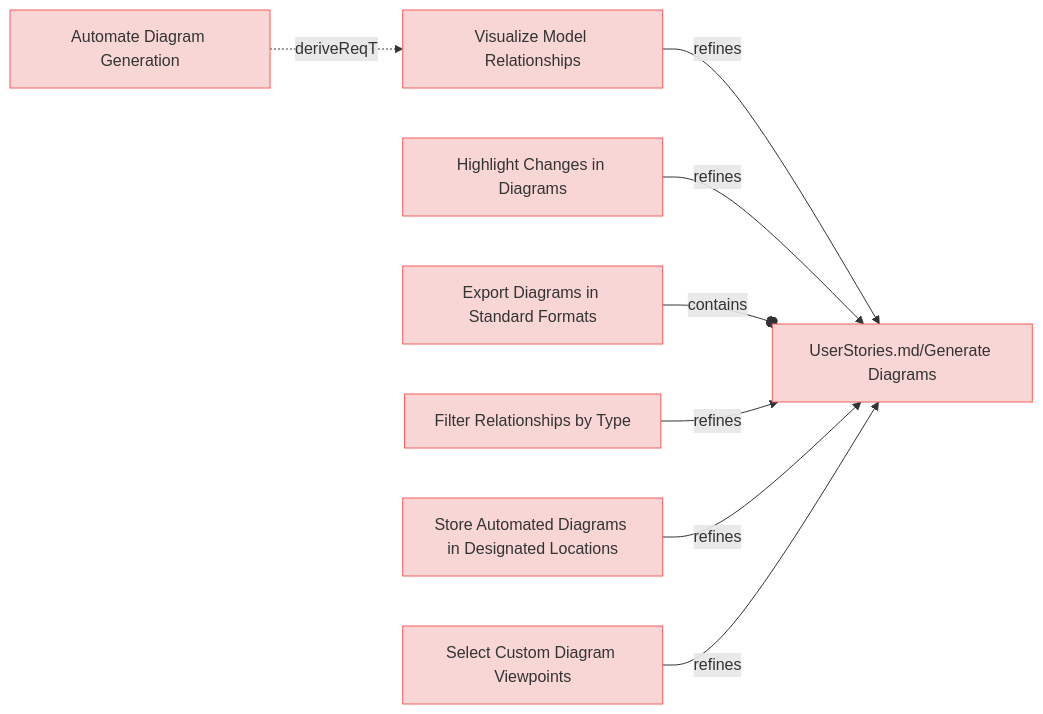
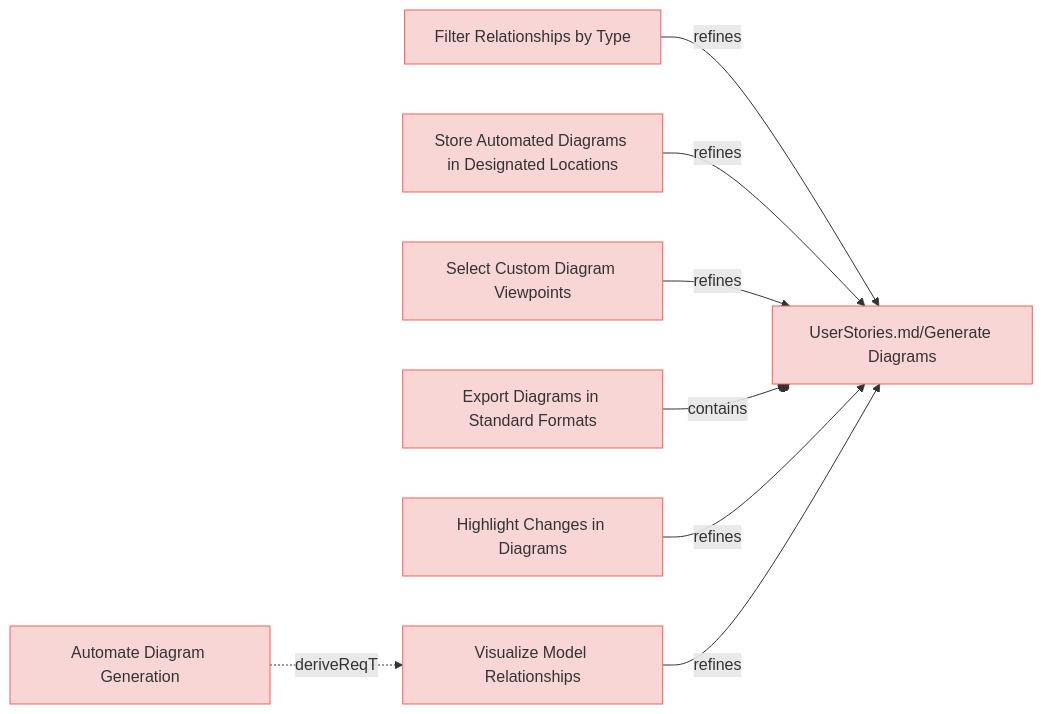
One commit to reqvire-org/reqvire changed the first of 9 diagrams in specifications/UserRequirements.md. Above: the diagram before and after it, drawn with Mermaid. The commit also changed other lines of this file and 17 other files, not shown here.

Commit message:
Auto-generate diagrams after PR merge to main

````diff
--- a/specifications/UserRequirements.md
+++ b/specifications/UserRequirements.md
@@ -4,40 +4,40 @@
 ```mermaid
 graph LR;
   %% Graph styling
   classDef requirement fill:#f9d6d6,stroke:#f55f5f,stroke-width:1px;
   classDef verification fill:#d6f9d6,stroke:#5fd75f,stroke-width:1px;
   classDef externalLink fill:#d0e0ff,stroke:#3080ff,stroke-width:1px;
   classDef default fill:#f5f5f5,stroke:#333333,stroke-width:1px;
 
-  a6a836283607bf45["Visualize Model Relationships"];
-  click a6a836283607bf45 "https://github.com/ilijaljubicic/ReqFlow/blob/29a17f176519a28e973567d4102beb95f41075ed/specifications/UserRequirements.md#visualize-model-relationships";
-  class a6a836283607bf45 requirement;
-  cf0026c2feeb1e0f["UserStories.md/Generate Diagrams"];
-  class cf0026c2feeb1e0f requirement;
-  click cf0026c2feeb1e0f "https://github.com/ilijaljubicic/ReqFlow/blob/29a17f176519a28e973567d4102beb95f41075ed/specifications/UserStories.md#generate-diagrams";
-  a6a836283607bf45 -->|refines| cf0026c2feeb1e0f;
-  fd7388e379372d7b["Highlight Changes in Diagrams"];
-  click fd7388e379372d7b "https://github.com/ilijaljubicic/ReqFlow/blob/29a17f176519a28e973567d4102beb95f41075ed/specifications/UserRequirements.md#highlight-changes-in-diagrams";
-  class fd7388e379372d7b requirement;
-  fd7388e379372d7b -->|refines| cf0026c2feeb1e0f;
-  10c00a1bd12fefa5["Export Diagrams in Standard Formats"];
-  click 10c00a1bd12fefa5 "https://github.com/ilijaljubicic/ReqFlow/blob/29a17f176519a28e973567d4102beb95f41075ed/specifications/UserRequirements.md#export-diagrams-in-standard-formats";
-  class 10c00a1bd12fefa5 requirement;
-  10c00a1bd12fefa5 --o|contains| cf0026c2feeb1e0f;
-  30d97803eba68a13["Filter Relationships by Type"];
-  click 30d97803eba68a13 "https://github.com/ilijaljubicic/ReqFlow/blob/29a17f176519a28e973567d4102beb95f41075ed/specifications/UserRequirements.md#filter-relationships-by-type";
-  class 30d97803eba68a13 requirement;
-  30d97803eba68a13 -->|refines| cf0026c2feeb1e0f;
-  81f9235dedaea6a9["Automate Diagram Generation"];
-  click 81f9235dedaea6a9 "https://github.com/ilijaljubicic/ReqFlow/blob/29a17f176519a28e973567d4102beb95f41075ed/specifications/UserRequirements.md#automate-diagram-generation";
-  class 81f9235dedaea6a9 requirement;
-  81f9235dedaea6a9 -.->|deriveReqT| a6a836283607bf45;
-  aee397f35b867556["Store Automated Diagrams in Designated Locations"];
-  click aee397f35b867556 "https://github.com/ilijaljubicic/ReqFlow/blob/29a17f176519a28e973567d4102beb95f41075ed/specifications/UserRequirements.md#store-automated-diagrams-in-designated-locations";
-  class aee397f35b867556 requirement;
-  aee397f35b867556 -->|refines| cf0026c2feeb1e0f;
-  30053341d874971a["Select Custom Diagram Viewpoints"];
-  click 30053341d874971a "https://github.com/ilijaljubicic/ReqFlow/blob/29a17f176519a28e973567d4102beb95f41075ed/specifications/UserRequirements.md#select-custom-diagram-viewpoints";
-  class 30053341d874971a requirement;
-  30053341d874971a -->|refines| cf0026c2feeb1e0f;
+  64be2a98bd80a653["Automate Diagram Generation"];
+  click 64be2a98bd80a653 "https://github.com/ilijaljubicic/ReqFlow/blob/73d5ae1d93adea71fdf4cc508be4d1ae09be068f/specifications/UserRequirements.md#automate-diagram-generation";
+  class 64be2a98bd80a653 requirement;
+  37611ee8059e0f03["Visualize Model Relationships"];
+  class 37611ee8059e0f03 requirement;
+  click 37611ee8059e0f03 "https://github.com/ilijaljubicic/ReqFlow/blob/73d5ae1d93adea71fdf4cc508be4d1ae09be068f/specifications/UserRequirements.md#visualize-model-relationships";
+  64be2a98bd80a653 -.->|deriveReqT| 37611ee8059e0f03;
+  aaa09eb94d160979["Filter Relationships by Type"];
+  click aaa09eb94d160979 "https://github.com/ilijaljubicic/ReqFlow/blob/73d5ae1d93adea71fdf4cc508be4d1ae09be068f/specifications/UserRequirements.md#filter-relationships-by-type";
+  class aaa09eb94d160979 requirement;
+  3ca57dc5dc6a2dae["UserStories.md/Generate Diagrams"];
+  class 3ca57dc5dc6a2dae requirement;
+  click 3ca57dc5dc6a2dae "https://github.com/ilijaljubicic/ReqFlow/blob/73d5ae1d93adea71fdf4cc508be4d1ae09be068f/specifications/UserStories.md#generate-diagrams";
+  aaa09eb94d160979 -->|refines| 3ca57dc5dc6a2dae;
+  e5f8f9f127a22da["Store Automated Diagrams in Designated Locations"];
+  click e5f8f9f127a22da "https://github.com/ilijaljubicic/ReqFlow/blob/73d5ae1d93adea71fdf4cc508be4d1ae09be068f/specifications/UserRequirements.md#store-automated-diagrams-in-designated-locations";
+  class e5f8f9f127a22da requirement;
+  e5f8f9f127a22da -->|refines| 3ca57dc5dc6a2dae;
+  a5bfec80a94dcd8b["Select Custom Diagram Viewpoints"];
+  click a5bfec80a94dcd8b "https://github.com/ilijaljubicic/ReqFlow/blob/73d5ae1d93adea71fdf4cc508be4d1ae09be068f/specifications/UserRequirements.md#select-custom-diagram-viewpoints";
+  class a5bfec80a94dcd8b requirement;
+  a5bfec80a94dcd8b -->|refines| 3ca57dc5dc6a2dae;
+  3e72f83cabd0bad8["Export Diagrams in Standard Formats"];
+  click 3e72f83cabd0bad8 "https://github.com/ilijaljubicic/ReqFlow/blob/73d5ae1d93adea71fdf4cc508be4d1ae09be068f/specifications/UserRequirements.md#export-diagrams-in-standard-formats";
+  class 3e72f83cabd0bad8 requirement;
+  3e72f83cabd0bad8 --o|contains| 3ca57dc5dc6a2dae;
+  d3a1b6b68298a744["Highlight Changes in Diagrams"];
+  click d3a1b6b68298a744 "https://github.com/ilijaljubicic/ReqFlow/blob/73d5ae1d93adea71fdf4cc508be4d1ae09be068f/specifications/UserRequirements.md#highlight-changes-in-diagrams";
+  class d3a1b6b68298a744 requirement;
+  d3a1b6b68298a744 -->|refines| 3ca57dc5dc6a2dae;
+  37611ee8059e0f03 -->|refines| 3ca57dc5dc6a2dae;
 ```
````
